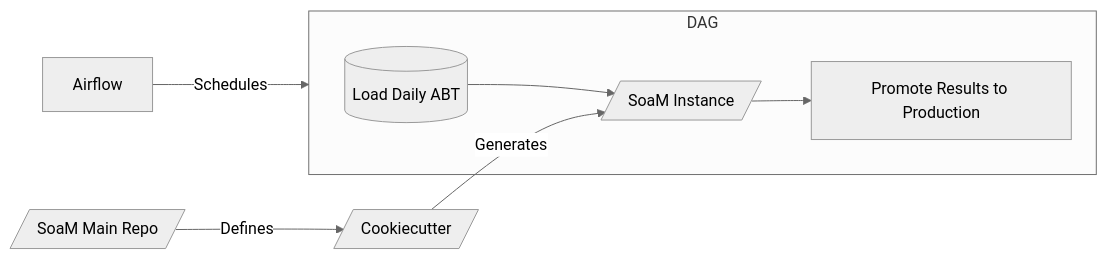
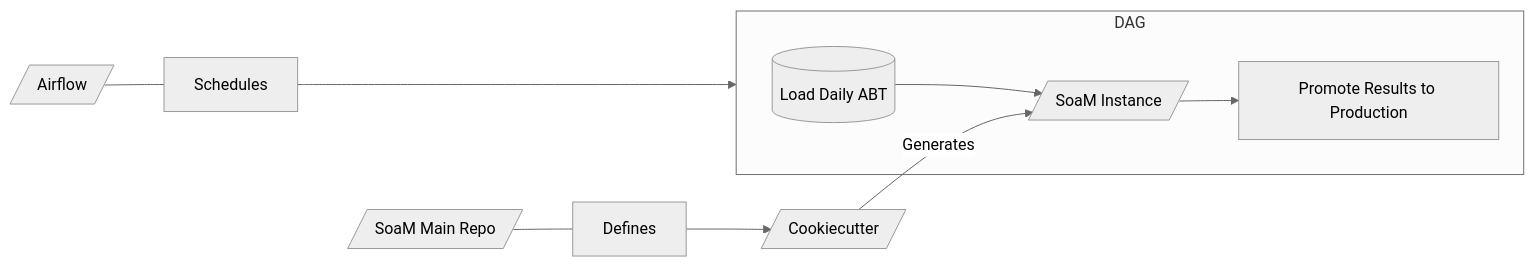
Before and after one commit to MuttData/soam: the second of 2 diagrams in soam/end2end.md, drawn with Mermaid (neutral theme).

Commit message:
mermaid test

````diff
--- a/soam/end2end.md
+++ b/soam/end2end.md
@@ -18,10 +18,10 @@
 ```mermaid
 flowchart LR;
-  id0[/SoaM Main Repo/]--Defines-->id1[/Cookiecutter/];
+  id5[/Airflow/]---Schedules---->DAG;
+  id0[/SoaM Main Repo/]---Defines-->id1[/Cookiecutter/];
   subgraph DAG
   id2[(Load Daily ABT)]-->id3[/SoaM Instance/];
   id3-->id4[Promote Results to Production];
   end
   id1--Generates-->id3;
-  id5[Airflow]--Schedules-->DAG;
 ```
````
